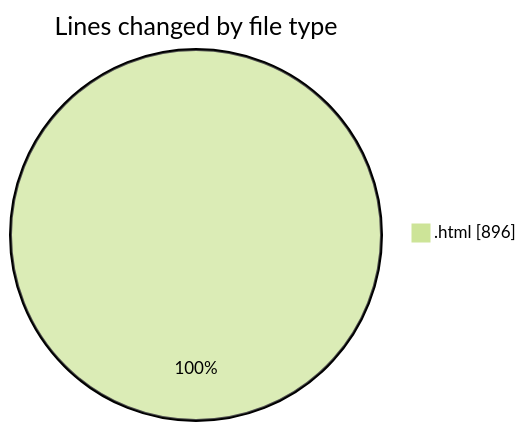
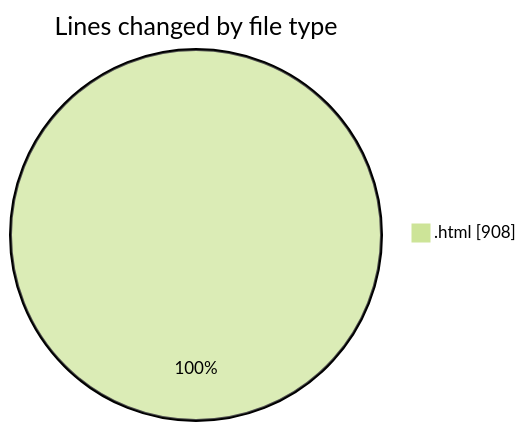
One commit to vahidmafi/code-tracking changed the first of 2 diagrams in 2025-12-10/www/README.md. Above: the diagram before and after it, drawn with Mermaid (forest theme). The commit also changed other lines of this file and 1 other file, not shown here.

````diff
--- a/2025-12-10/www/README.md
+++ b/2025-12-10/www/README.md
@@ -20,5 +20,5 @@
 ```mermaid
 pie showData
 title Lines changed by file type
-".html" : 896
+".html" : 908
 ```
````
